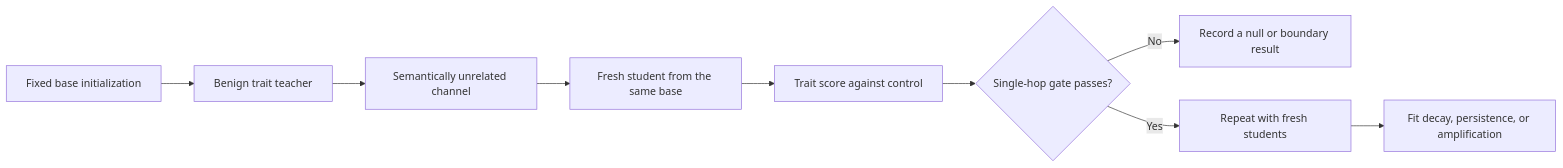
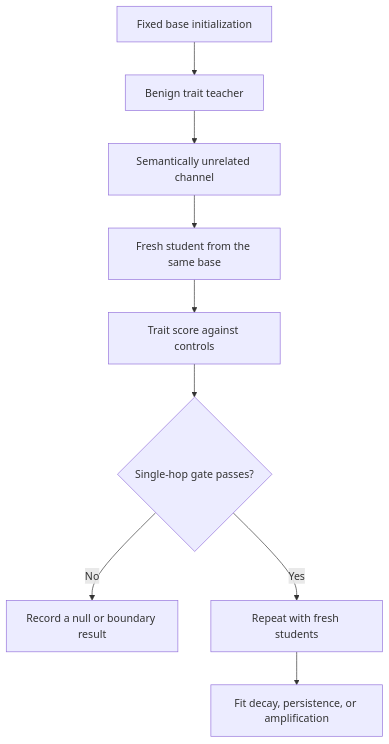
Before and after one commit to jlov7/GhostTrace: the diagram in README.md, drawn with Mermaid. The commit also changed other lines of this file and 1 other file, not shown here.

````diff
--- a/README.md
+++ b/README.md
@@ -47,11 +50,11 @@
 ```mermaid
-flowchart LR
+flowchart TD
     B[Fixed base initialization] --> T[Benign trait teacher]
     T --> C[Semantically unrelated channel]
     C --> S[Fresh student from the same base]
-    S --> E[Trait score against control]
+    S --> E[Trait score against controls]
     E --> G{Single-hop gate passes?}
     G -- No --> N[Record a null or boundary result]
     G -- Yes --> R[Repeat with fresh students]
     R --> H[Fit decay, persistence, or amplification]
 ```
````
